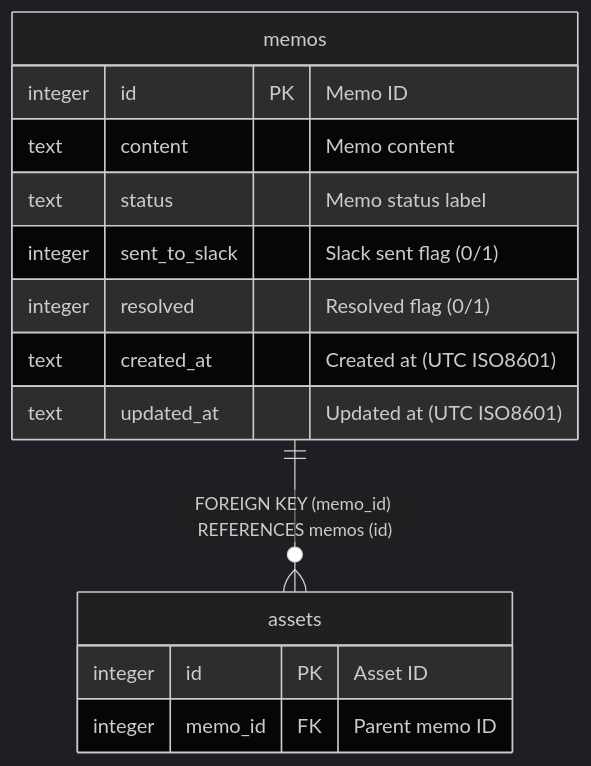
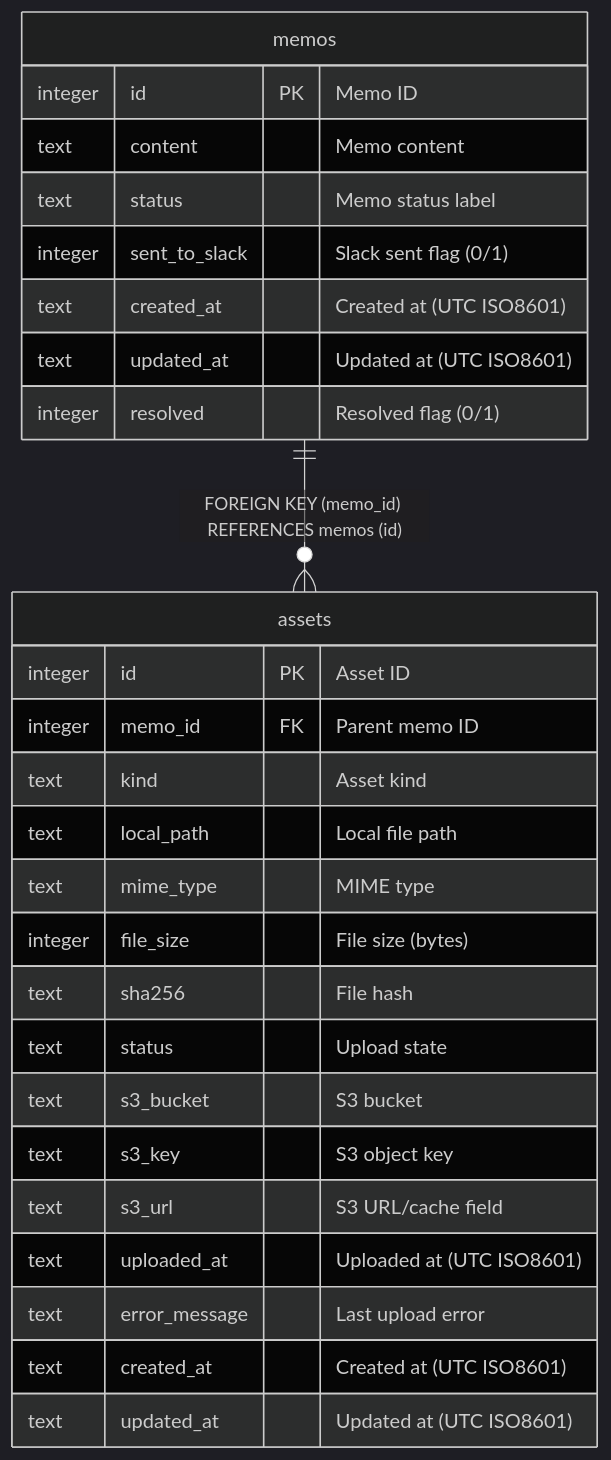
Before and after one commit to k-kanke/thought-drop: the diagram in docs/schema/memos.md, drawn with Mermaid (dark theme). The commit also changed other lines of this file and 2 other files, not shown here.

Commit message:
fix: docs/schema

````diff
--- a/docs/schema/memos.md
+++ b/docs/schema/memos.md
@@ -48,19 +48,32 @@
 ```mermaid
 erDiagram
 
 "memos" ||--o{ "assets" : "FOREIGN KEY (memo_id) REFERENCES memos (id)"
 
 "memos" {
   integer id PK "Memo ID"
   text content "Memo content"
   text status "Memo status label"
   integer sent_to_slack "Slack sent flag (0/1)"
-  integer resolved "Resolved flag (0/1)"
   text created_at "Created at (UTC ISO8601)"
   text updated_at "Updated at (UTC ISO8601)"
+  integer resolved "Resolved flag (0/1)"
 }
 "assets" {
   integer id PK "Asset ID"
   integer memo_id FK "Parent memo ID"
+  text kind "Asset kind"
+  text local_path "Local file path"
+  text mime_type "MIME type"
+  integer file_size "File size (bytes)"
+  text sha256 "File hash"
+  text status "Upload state"
+  text s3_bucket "S3 bucket"
+  text s3_key "S3 object key"
+  text s3_url "S3 URL/cache field"
+  text uploaded_at "Uploaded at (UTC ISO8601)"
+  text error_message "Last upload error"
+  text created_at "Created at (UTC ISO8601)"
+  text updated_at "Updated at (UTC ISO8601)"
 }
 ```
````
